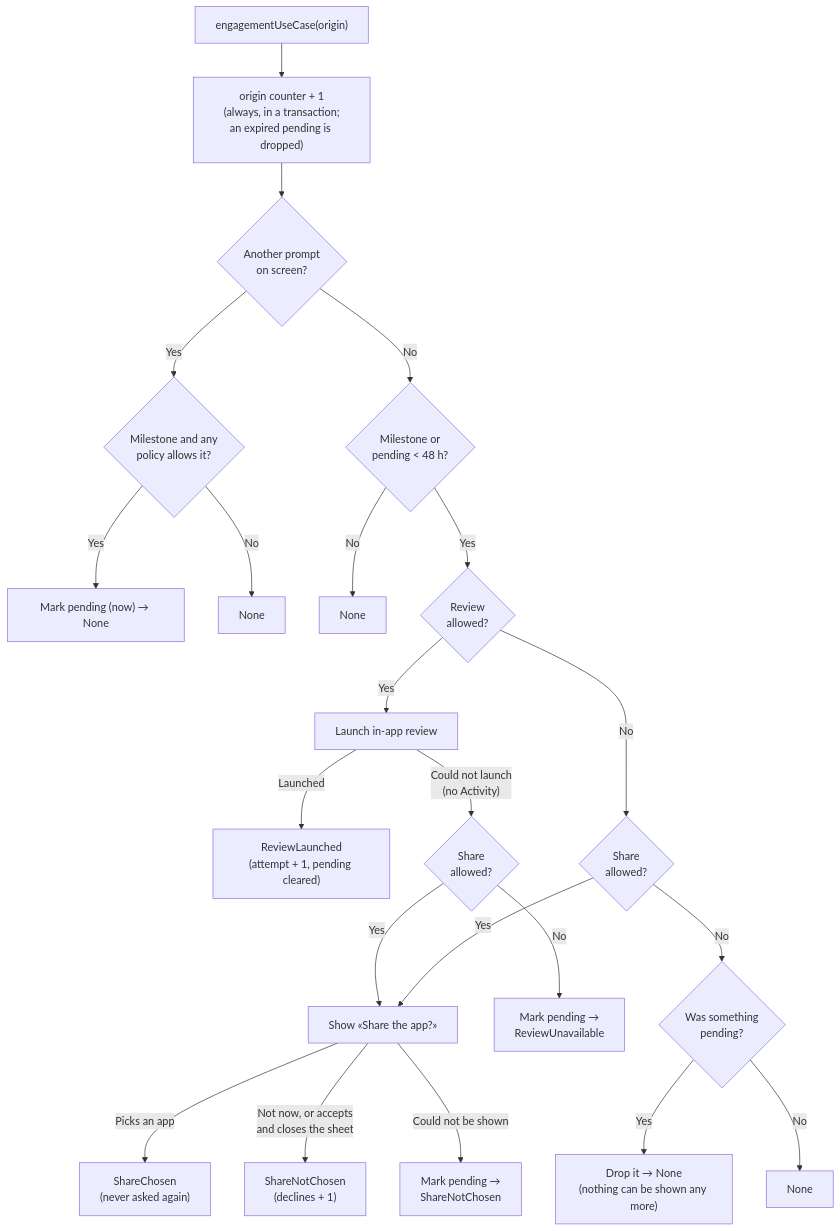
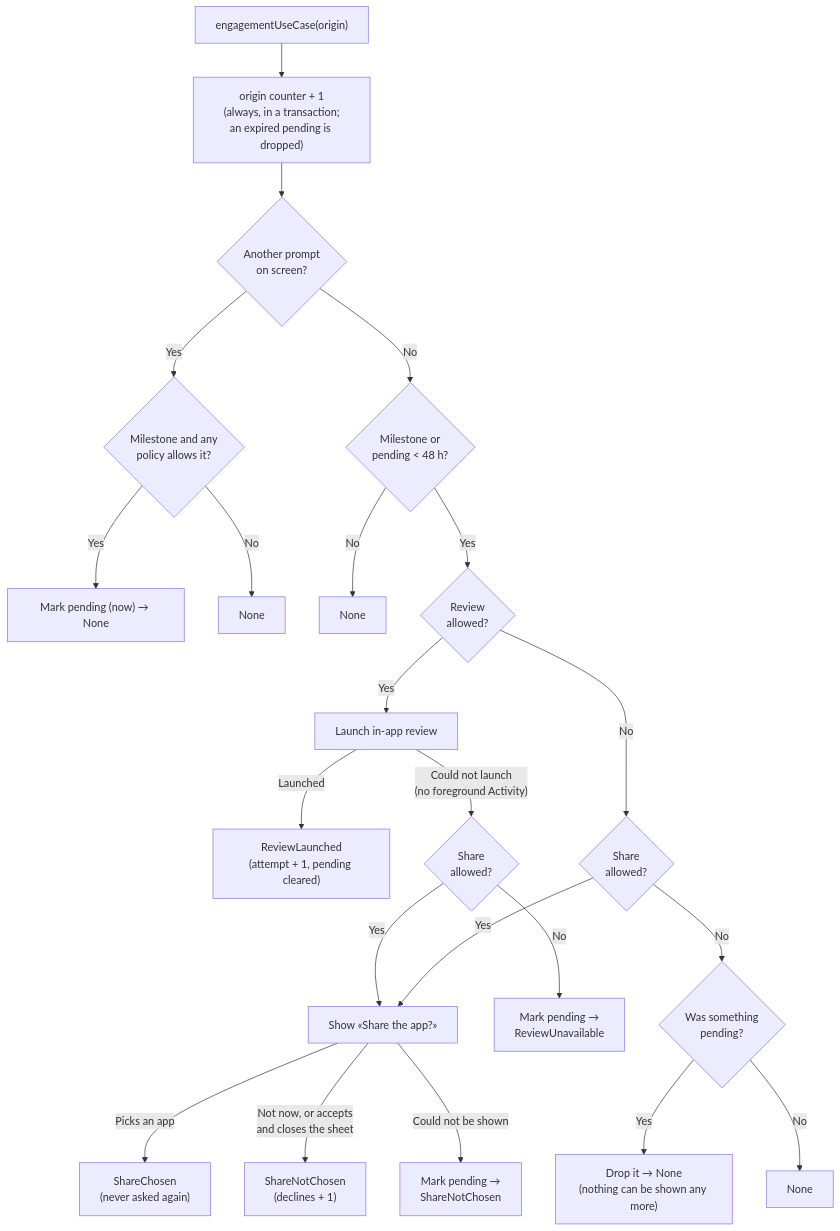
The first of 3 diagrams in platform/engagement/README.md (raxden/android-platform), drawn with Mermaid before and after one commit. The commit also changed other lines of this file and 5 other files, not shown here.

First line of the commit message:
Launch in-app review and share only on a resumed activity (#28)

````diff
--- a/platform/engagement/README.md
+++ b/platform/engagement/README.md
@@ -28,24 +28,24 @@
 ```mermaid
 flowchart TD
     A["engagementUseCase(origin)"] --> B["origin counter + 1<br/>(always, in a transaction;<br/>an expired pending is dropped)"]
     B --> C{"Another prompt<br/>on screen?"}
     C -- Yes --> C1{"Milestone and any<br/>policy allows it?"}
     C1 -- Yes --> P1["Mark pending (now) → None"]
     C1 -- No --> N0["None"]
     C -- No --> D{"Milestone or<br/>pending < 48 h?"}
     D -- No --> N1["None"]
     D -- Yes --> E{"Review<br/>allowed?"}
     E -- Yes --> R["Launch in-app review"]
     R -- "Launched" --> RL["ReviewLaunched<br/>(attempt + 1, pending cleared)"]
-    R -- "Could not launch<br/>(no Activity)" --> F{"Share<br/>allowed?"}
+    R -- "Could not launch<br/>(no foreground Activity)" --> F{"Share<br/>allowed?"}
     F -- Yes --> S
     F -- No --> P2["Mark pending →<br/>ReviewUnavailable"]
     E -- No --> G{"Share<br/>allowed?"}
     G -- Yes --> S["Show «Share the app?»"]
     G -- No --> H{"Was something<br/>pending?"}
     H -- Yes --> X["Drop it → None<br/>(nothing can be shown any more)"]
     H -- No --> N2["None"]
     S -- "Picks an app" --> SC["ShareChosen<br/>(never asked again)"]
     S -- "Not now, or accepts<br/>and closes the sheet" --> SN["ShareNotChosen<br/>(declines + 1)"]
     S -- "Could not be shown" --> P3["Mark pending →<br/>ShareNotChosen"]
 ```
````
